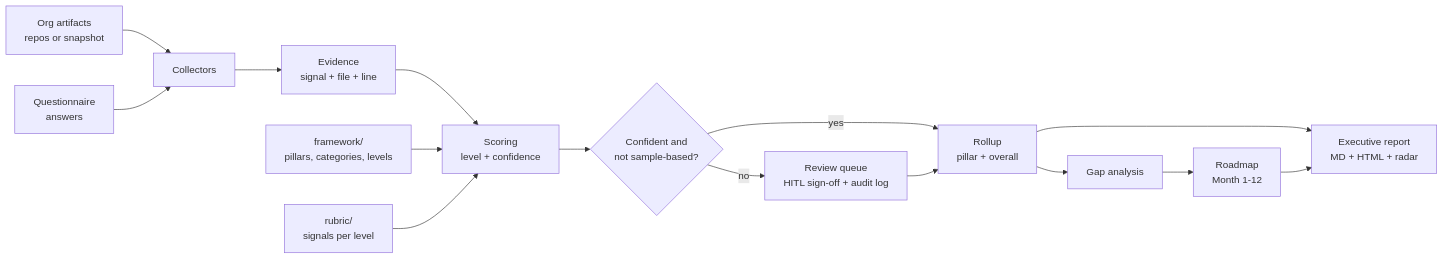
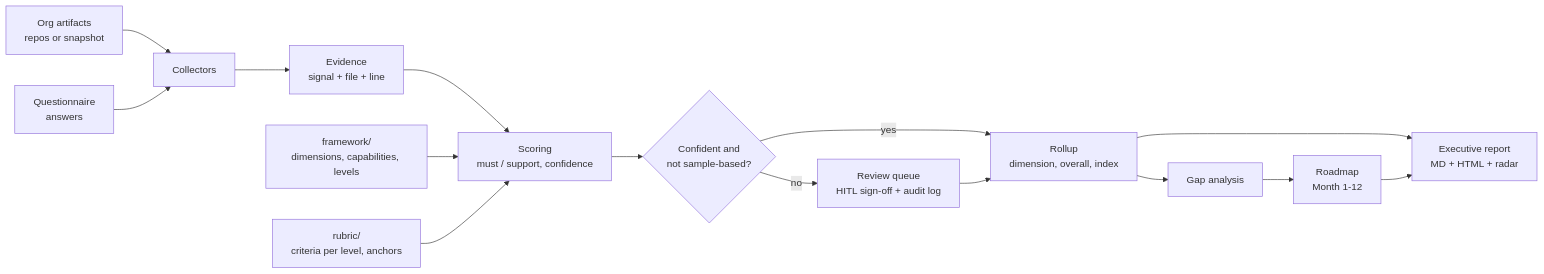
Before and after one commit to jagadishmazure-jpg/Jagadish-ai-maturity-assessment: the diagram in README.md, drawn with Mermaid. The commit also changed other lines of this file, not shown here.

````diff
--- a/README.md
+++ b/README.md
@@ -102,17 +125,17 @@
 ```mermaid
 flowchart LR
     A[Org artifacts<br/>repos or snapshot] --> C[Collectors]
     Q[Questionnaire<br/>answers] --> C
     C --> E[Evidence<br/>signal + file + line]
-    E --> S[Scoring<br/>level + confidence]
-    F[framework/<br/>pillars, categories, levels] --> S
-    R[rubric/<br/>signals per level] --> S
+    E --> S[Scoring<br/>must / support, confidence]
+    F[framework/<br/>dimensions, capabilities, levels] --> S
+    R[rubric/<br/>criteria per level, anchors] --> S
     S --> H{Confident and<br/>not sample-based?}
     H -- no --> HQ[Review queue<br/>HITL sign-off + audit log]
-    H -- yes --> U[Rollup<br/>pillar + overall]
+    H -- yes --> U[Rollup<br/>dimension, overall, index]
     HQ --> U
     U --> G[Gap analysis]
     G --> RM[Roadmap<br/>Month 1-12]
     U --> X[Executive report<br/>MD + HTML + radar]
     RM --> X
 ```
````
